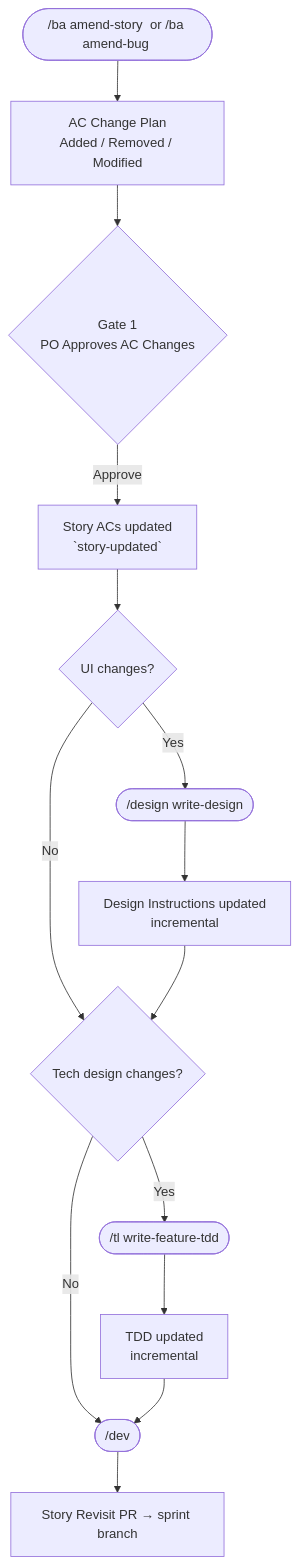
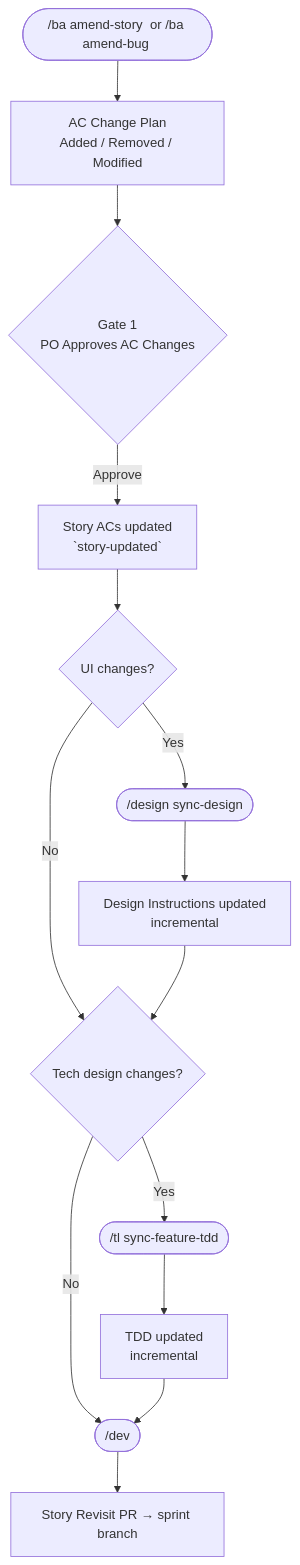
Before and after one commit to simpscal/notism: the fourth of 4 diagrams in README.md, drawn with Mermaid. The commit also changed other lines of this file and 12 other files, not shown here.

First line of the commit message:
feat: add sync commands for design and TDD; remove story-added label

````diff
--- a/README.md
+++ b/README.md
@@ -100,16 +100,16 @@
 ```mermaid
 flowchart TD
     A(["/ba amend-story <N> or /ba amend-bug <N>"]) --> B["AC Change Plan<br/>Added / Removed / Modified"]
     B --> G1{Gate 1<br/>PO Approves AC Changes}
     G1 -->|Approve| C["Story ACs updated<br/>`story-updated`"]
     C --> D{UI changes?}
-    D -->|Yes| E(["/design write-design <sprint>"])
+    D -->|Yes| E(["/design sync-design <sprint>"])
     D -->|No| F{Tech design changes?}
     E --> E2["Design Instructions updated<br/>incremental"]
     E2 --> F
-    F -->|Yes| G(["/tl write-feature-tdd <sprint>"])
+    F -->|Yes| G(["/tl sync-feature-tdd <sprint>"])
     F -->|No| H(["/dev <N>"])
     G --> G2["TDD updated<br/>incremental"]
     G2 --> H
     H --> I["Story Revisit PR → sprint branch"]
 ```
````
